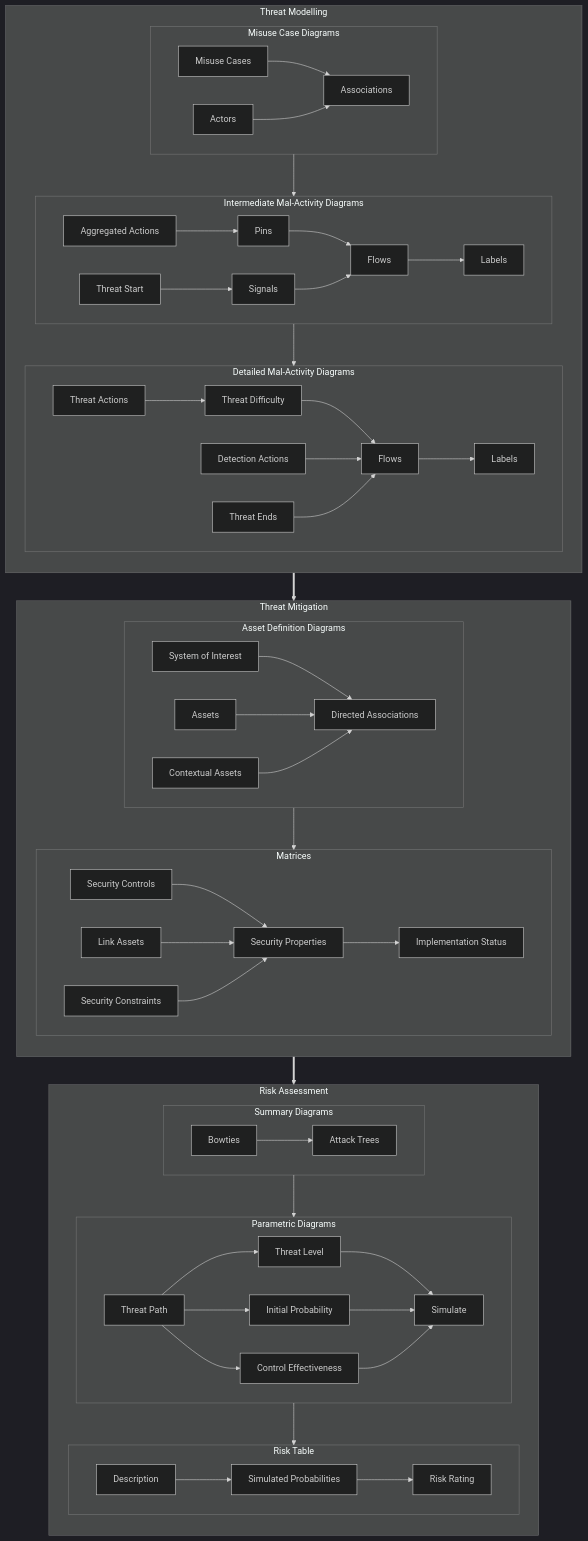
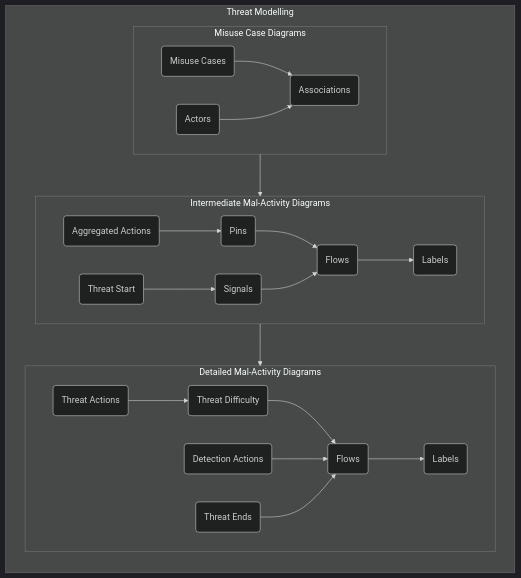
Before and after one commit to stuartfowler/CEMT: the second of 4 diagrams in README.md, drawn with Mermaid (dark theme). The commit also changed 3 other files, not shown here.

Commit message:
split flow charts

````diff
--- a/README.md
+++ b/README.md
@@ -92,58 +108,26 @@
 ```mermaid
 flowchart TB
-
   subgraph TMo["Threat Modelling"]
     direction TB
     subgraph 1["Misuse Case Diagrams"]
       direction LR
-      1a["Misuse Cases"] --> 1c["Associations"]
-      1b["Actors"] --> 1c
+      1a("Misuse Cases") --> 1c("Associations")
+      1b("Actors") --> 1c
     end
     subgraph 2["Intermediate Mal-Activity Diagrams"]
       direction LR
-      2a["Aggregated Actions"] --> 2b["Pins"] --> 2e["Flows"] --> 2f["Labels"]
-      2c["Threat Start"] --> 2d["Signals"] --> 2e      
+      2a("Aggregated Actions") --> 2b("Pins") --> 2e("Flows") --> 2f("Labels")
+      2c("Threat Start") --> 2d("Signals") --> 2e      
     end
     subgraph 3["Detailed Mal-Activity Diagrams"]
       direction LR
-      3a["Threat Actions"] --> 3c["Threat Difficulty"] --> 3d["Flows"] --> 3f["Labels"]
-      3b["Detection Actions"] --> 3d
-      3e["Threat Ends"] --> 3d
+      3a("Threat Actions") --> 3c("Threat Difficulty") --> 3d("Flows") --> 3f("Labels")
+      3b("Detection Actions") --> 3d
+      3e("Threat Ends") --> 3d
     end
-
     1 --> 2 --> 3
   end
-  subgraph TMi["Threat Mitigation"]
-    direction TB
-    subgraph 4["Asset Definition Diagrams"]
-      4a["System of Interest"] --> 4d["Directed Associations"]
-      4b["Assets"] --> 4d
-      4c["Contextual Assets"] --> 4d
-    end
-    subgraph 5["Matrices"]
-      5b["Security Controls"] --> 5c["Security Properties"] --> 5g["Implementation Status"]
-      5d["Link Assets"] --> 5c
-      5f["Security Constraints"] --> 5c
-    end
-    4 --> 5
-  end
-  subgraph RA["Risk Assessment"]
-    direction TB
-    subgraph 6["Summary Diagrams"]
-      6a["Bowties"] --> 6b["Attack Trees"]
-    end
-    subgraph 7["Parametric Diagrams"]
-      7a["Threat Path"] --> 7b["Threat Level"] --> 7e["Simulate"]
-      7a --> 7c["Initial Probability"] --> 7e
-      7a --> 7d["Control Effectiveness"] --> 7e
-    end
-    subgraph 8["Risk Table"]
-      8a["Description"] --> 8b["Simulated Probabilities"] --> 8c["Risk Rating"]
-    end
-    6 --> 7 --> 8
-  end
-  TMo ==> TMi ==> RA
-  
+
   click 1a "https://github.com/stuartfowler/CEMT/blob/main/Documentation/threat-modelling.md#misuse-case-diagrams" "Misuse Case Diagrams"
   click 1b "https://github.com/stuartfowler/CEMT/blob/main/Documentation/threat-modelling.md#misuse-case-diagrams" "Misuse Case Diagrams"
   click 1c "https://github.com/stuartfowler/CEMT/blob/main/Documentation/threat-modelling.md#misuse-case-diagrams" "Misuse Case Diagrams"
@@ -161,29 +145,4 @@
   click 3d "https://github.com/stuartfowler/CEMT/blob/main/Documentation/threat-modelling.md#detailed-mal-activity-diagrams" "Detailed Mal-Activity Diagrams"
   click 3e "https://github.com/stuartfowler/CEMT/blob/main/Documentation/threat-modelling.md#detailed-mal-activity-diagrams" "Detailed Mal-Activity Diagrams"
   click 3f "https://github.com/stuartfowler/CEMT/blob/main/Documentation/threat-modelling.md#detailed-mal-activity-diagrams" "Detailed Mal-Activity Diagrams"
-
-  click 4a "https://github.com/stuartfowler/CEMT/blob/main/Documentation/threat-mitigation.md#asset-definition-diagrams" "Asset Definition Diagrams"
-  click 4b "https://github.com/stuartfowler/CEMT/blob/main/Documentation/threat-mitigation.md#asset-definition-diagrams" "Asset Definition Diagrams"
-  click 4c "https://github.com/stuartfowler/CEMT/blob/main/Documentation/threat-mitigation.md#asset-definition-diagrams" "Asset Definition Diagrams"
-  click 4d "https://github.com/stuartfowler/CEMT/blob/main/Documentation/threat-mitigation.md#asset-definition-diagrams" "Asset Definition Diagrams"
-
-  click 5a "https://github.com/stuartfowler/CEMT/blob/main/Documentation/threat-mitigation.md#matrices" "Matrices"
-  click 5b "https://github.com/stuartfowler/CEMT/blob/main/Documentation/threat-mitigation.md#matrices" "Matrices"
-  click 5c "https://github.com/stuartfowler/CEMT/blob/main/Documentation/threat-mitigation.md#matrices" "Matrices"
-  click 5d "https://github.com/stuartfowler/CEMT/blob/main/Documentation/threat-mitigation.md#matrices" "Matrices"
-  click 5e "https://github.com/stuartfowler/CEMT/blob/main/Documentation/threat-mitigation.md#matrices" "Matrices"
-  click 5f "https://github.com/stuartfowler/CEMT/blob/main/Documentation/threat-mitigation.md#matrices" "Matrices"
-
-  click 6a "https://github.com/stuartfowler/CEMT/blob/main/Documentation/risk.md#summary-diagrams" "Summary Diagrams"
-  click 6b "https://github.com/stuartfowler/CEMT/blob/main/Documentation/risk.md#summary-diagrams" "Summary Diagrams"
-
-  click 7a "https://github.com/stuartfowler/CEMT/blob/main/Documentation/risk.md#parametric-diagrams" "Parametric Diagrams"
-  click 7b "https://github.com/stuartfowler/CEMT/blob/main/Documentation/risk.md#parametric-diagrams" "Parametric Diagrams"
-  click 7c "https://github.com/stuartfowler/CEMT/blob/main/Documentation/risk.md#parametric-diagrams" "Parametric Diagrams"
-  click 7d "https://github.com/stuartfowler/CEMT/blob/main/Documentation/risk.md#parametric-diagrams" "Parametric Diagrams"
-  click 7e "https://github.com/stuartfowler/CEMT/blob/main/Documentation/risk.md#parametric-diagrams" "Parametric Diagrams"
-
-  click 8a "https://github.com/stuartfowler/CEMT/blob/main/Documentation/risk.md#risk-table" "Risk Table"
-  click 8b "https://github.com/stuartfowler/CEMT/blob/main/Documentation/risk.md#risk-table" "Risk Table"
-  click 8c "https://github.com/stuartfowler/CEMT/blob/main/Documentation/risk.md#risk-table" "Risk Table"
 ```
````
